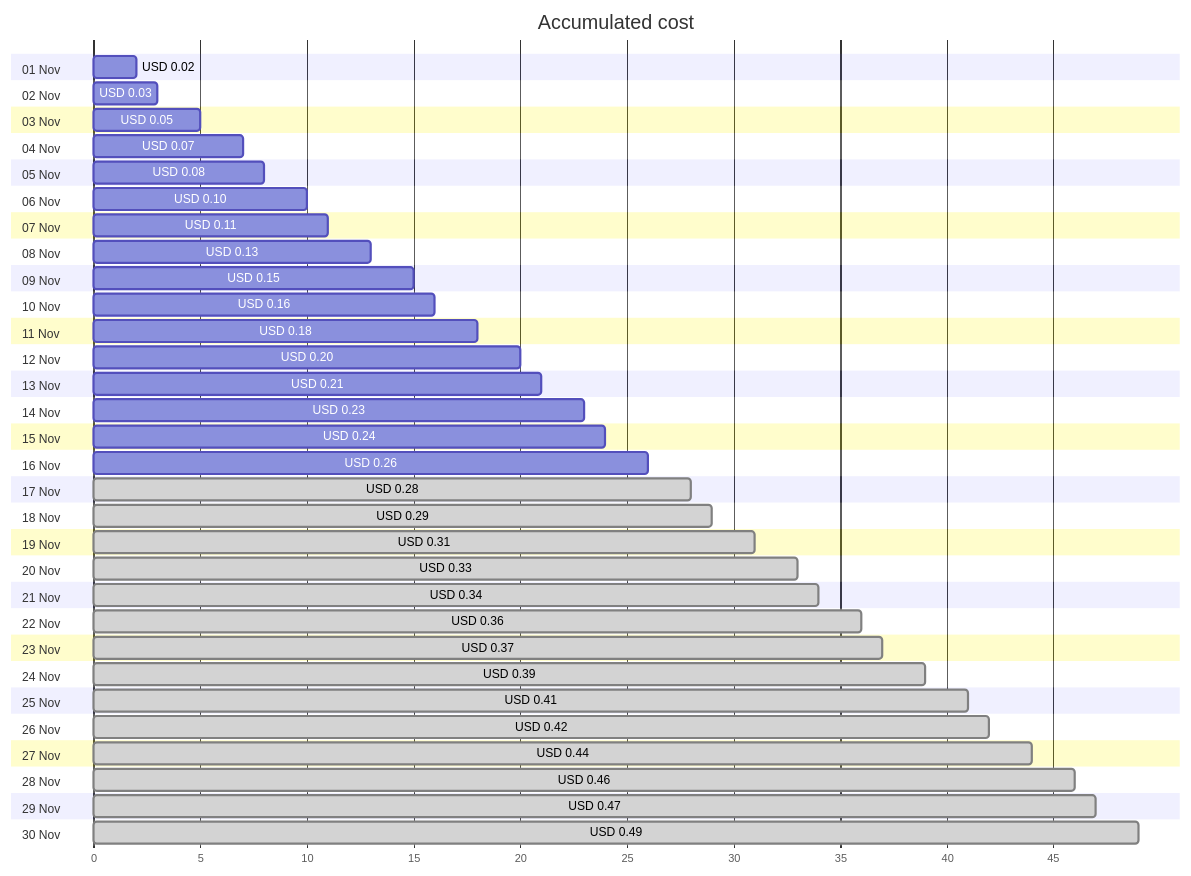
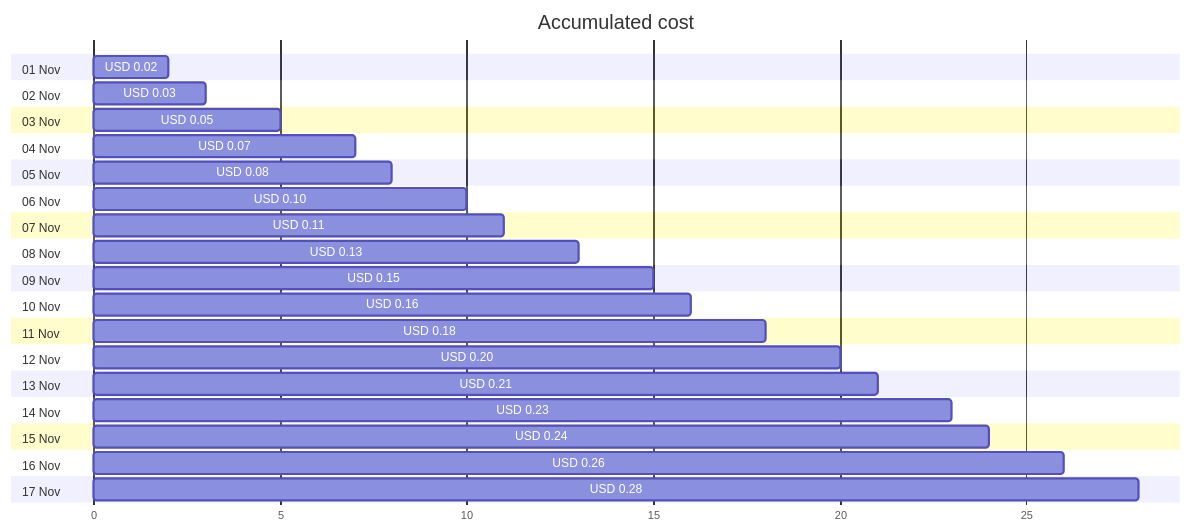
One commit to jpfulton/azure-personal-reports changed the first of 4 diagrams in cost-reports/personal-dns/jpatrickfulton.com.md. Above: the diagram before and after it, drawn with Mermaid. The commit also changed other lines of this file and 2 other files, not shown here.

Commit message:
Generated reports [skip ci]

````diff
--- a/cost-reports/personal-dns/jpatrickfulton.com.md
+++ b/cost-reports/personal-dns/jpatrickfulton.com.md
@@ -20,66 +20,40 @@
 ```mermaid
 gantt
    title Accumulated cost
    dateFormat  X
    axisFormat %s
    section 01 Nov
    USD 0.02 :0, 2
    section 02 Nov
    USD 0.03 :0, 3
    section 03 Nov
    USD 0.05 :0, 5
    section 04 Nov
    USD 0.07 :0, 7
    section 05 Nov
    USD 0.08 :0, 8
    section 06 Nov
    USD 0.10 :0, 10
    section 07 Nov
    USD 0.11 :0, 11
    section 08 Nov
    USD 0.13 :0, 13
    section 09 Nov
    USD 0.15 :0, 15
    section 10 Nov
    USD 0.16 :0, 16
    section 11 Nov
    USD 0.18 :0, 18
    section 12 Nov
    USD 0.20 :0, 20
    section 13 Nov
    USD 0.21 :0, 21
    section 14 Nov
    USD 0.23 :0, 23
    section 15 Nov
    USD 0.24 :0, 24
    section 16 Nov
    USD 0.26 :0, 26
    section 17 Nov
-   USD 0.28 : done, 0, 28
-   section 18 Nov
-   USD 0.29 : done, 0, 29
-   section 19 Nov
-   USD 0.31 : done, 0, 31
-   section 20 Nov
-   USD 0.33 : done, 0, 33
-   section 21 Nov
-   USD 0.34 : done, 0, 34
-   section 22 Nov
-   USD 0.36 : done, 0, 36
-   section 23 Nov
-   USD 0.37 : done, 0, 37
-   section 24 Nov
-   USD 0.39 : done, 0, 39
-   section 25 Nov
-   USD 0.41 : done, 0, 41
-   section 26 Nov
-   USD 0.42 : done, 0, 42
-   section 27 Nov
-   USD 0.44 : done, 0, 44
-   section 28 Nov
-   USD 0.46 : done, 0, 46
-   section 29 Nov
-   USD 0.47 : done, 0, 47
-   section 30 Nov
-   USD 0.49 : done, 0, 49
+   USD 0.28 :0, 28
 ```
````
